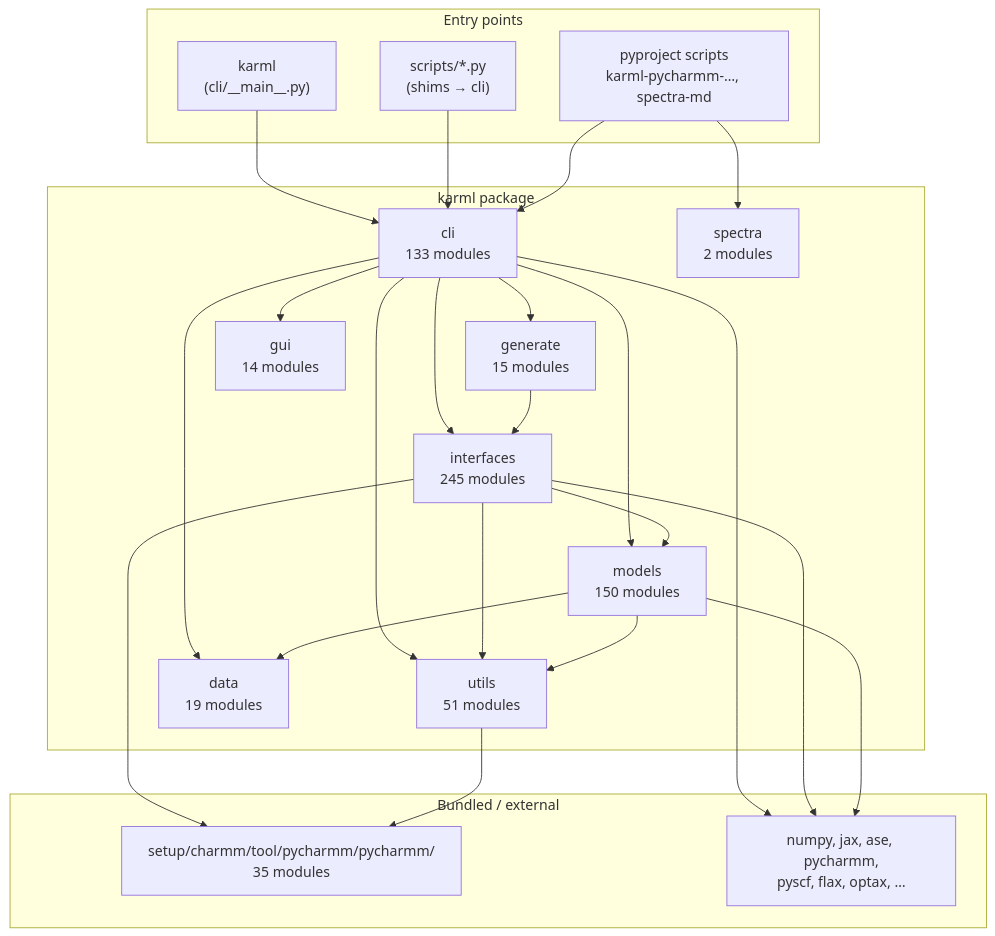
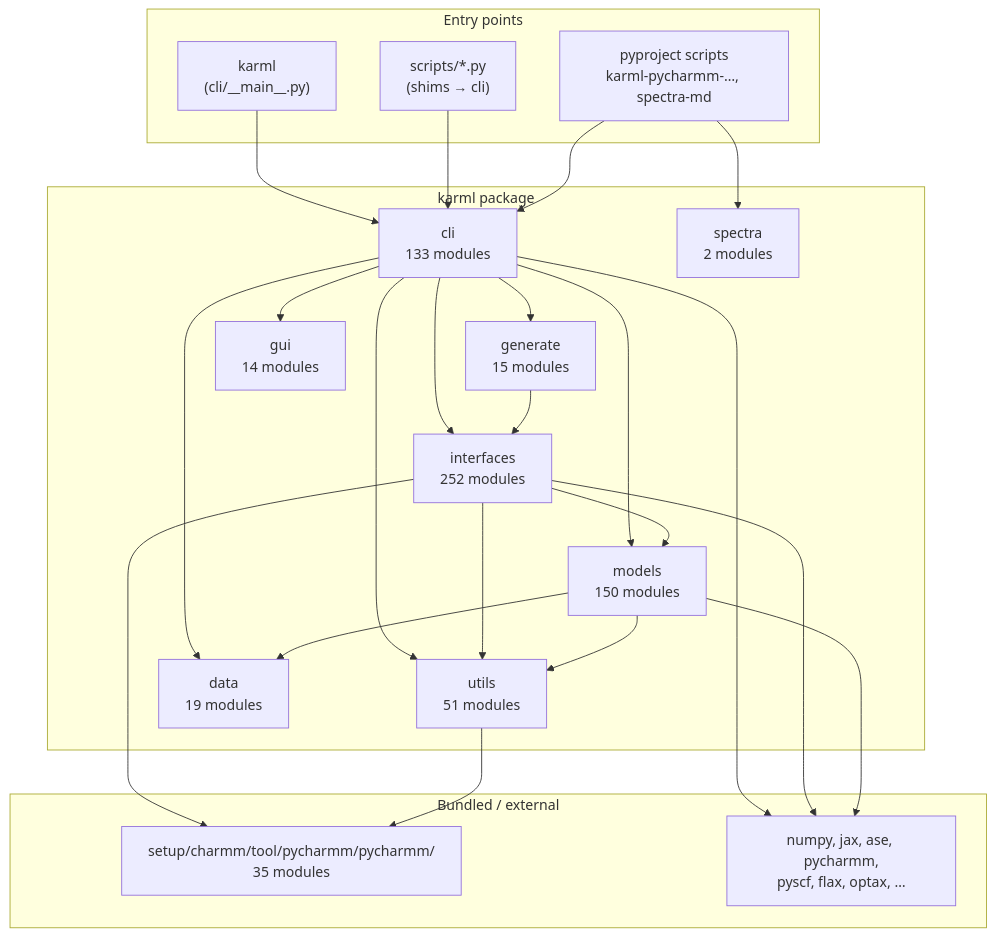
Before and after one commit to EricBoittier/mmml: the first of 8 diagrams in docs/package-architecture.md, drawn with Mermaid. The commit also changed 1 other file, not shown here.

Commit message:
docs: expand CI troubleshooting guide

````diff
--- a/docs/package-architecture.md
+++ b/docs/package-architecture.md
@@ -13,48 +13,48 @@
 ```mermaid
 flowchart TB
   subgraph entry["Entry points"]
     KARML["karml\n(cli/__main__.py)"]
     SCRIPTS["scripts/*.py\n(shims → cli)"]
     PKG["pyproject scripts\nkarml-pycharmm-…, spectra-md"]
   end
 
   subgraph karml_pkg["karml package"]
     CLI["cli\n133 modules"]
-    IFACE["interfaces\n245 modules"]
+    IFACE["interfaces\n252 modules"]
     MODELS["models\n150 modules"]
     UTILS["utils\n51 modules"]
     DATA["data\n19 modules"]
     GEN["generate\n15 modules"]
     GUI["gui\n14 modules"]
     SPEC["spectra\n2 modules"]
   end
 
   subgraph vendor["Bundled / external"]
     PYCH["setup/charmm/tool/pycharmm/pycharmm/\n35 modules"]
     EXT["numpy, jax, ase, pycharmm,\npyscf, flax, optax, …"]
   end
 
   KARML --> CLI
   SCRIPTS --> CLI
   PKG --> CLI
   PKG --> SPEC
 
   CLI --> IFACE
   CLI --> MODELS
   CLI --> DATA
   CLI --> UTILS
   CLI --> GEN
   CLI --> GUI
 
   IFACE --> MODELS
   IFACE --> UTILS
   IFACE --> PYCH
   MODELS --> UTILS
   MODELS --> DATA
   UTILS --> PYCH
   GEN --> IFACE
 
   CLI --> EXT
   IFACE --> EXT
   MODELS --> EXT
 ```
````
